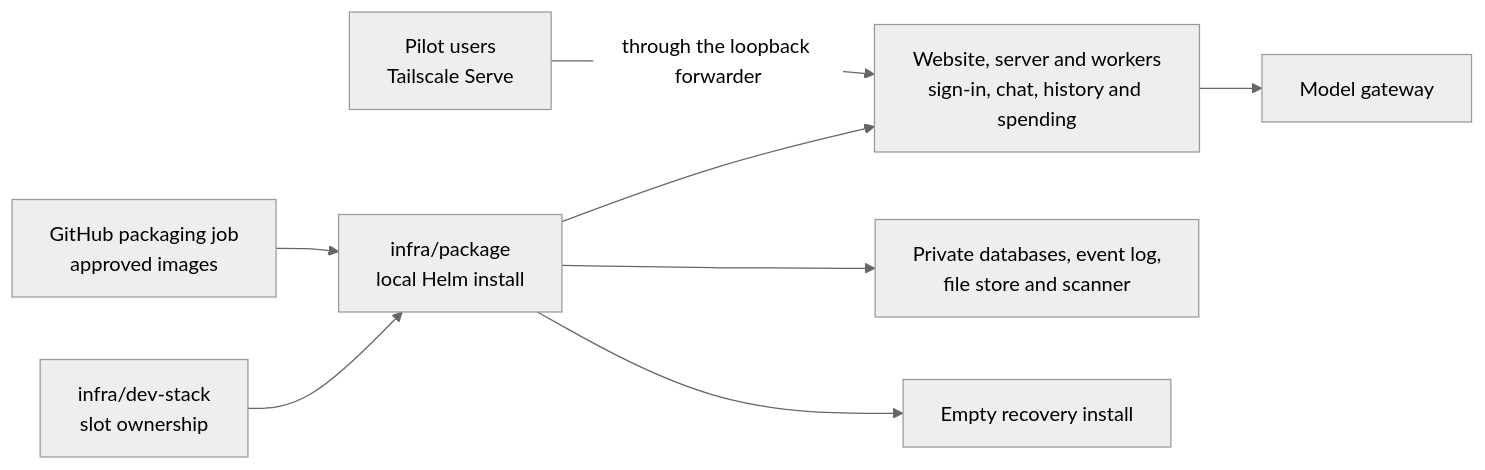
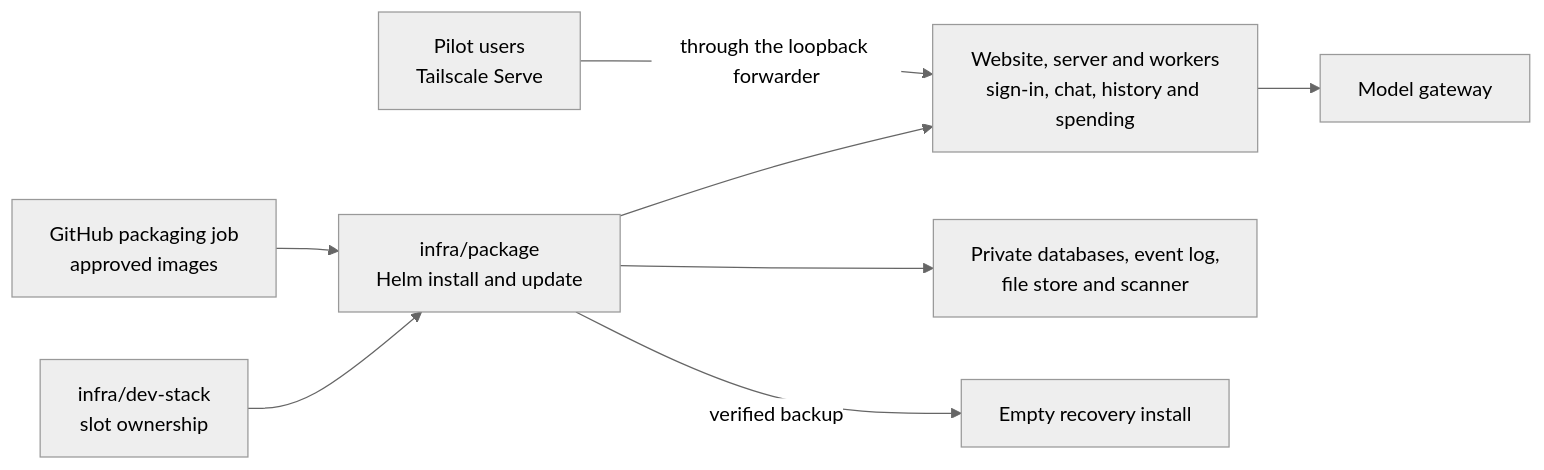
One commit to elewa-git/opencrane-new changed the diagram in infra/package/README.md. Above: the diagram before and after it, drawn with Mermaid (neutral theme). The commit also changed other lines of this file and 50 other files, not shown here.

````diff
--- a/infra/package/README.md
+++ b/infra/package/README.md
@@ -19,10 +19,10 @@
 ```mermaid
 flowchart LR
-  stack["infra/dev-stack<br/>slot ownership"] --> package["infra/package<br/>local Helm install"]
+  stack["infra/dev-stack<br/>slot ownership"] --> package["infra/package<br/>Helm install and update"]
   ci["GitHub packaging job<br/>approved images"] --> package
   package --> apps["Website, server and workers<br/>sign-in, chat, history and spending"]
   tailnet["Pilot users<br/>Tailscale Serve"] -->|through the loopback forwarder| apps
   package --> services["Private databases, event log,<br/>file store and scanner"]
   apps --> models["Model gateway"]
-  package --> recovery["Empty recovery install"]
+  package -->|verified backup| recovery["Empty recovery install"]
 ```
````
